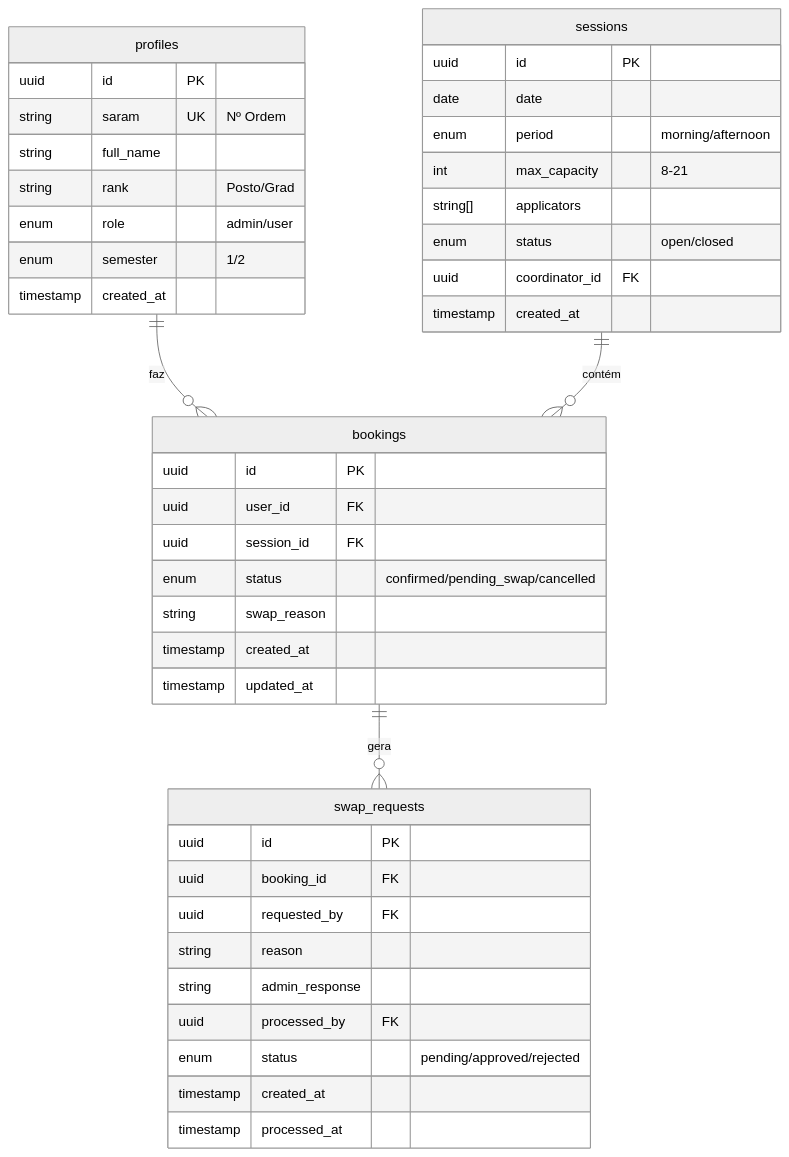
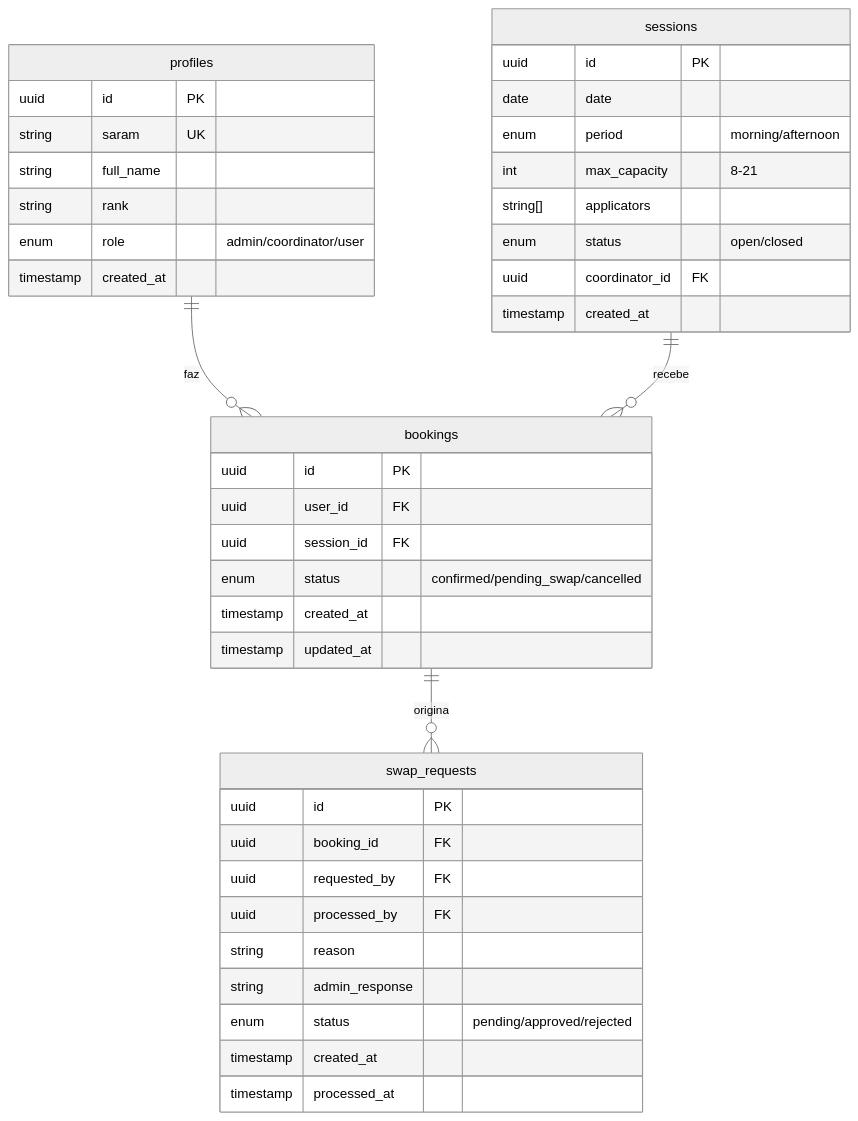
The second of 4 diagrams in docs/PLANEJAMENTO.md (WellingtonADS/TACF-Digital), drawn with Mermaid (neutral theme) before and after one commit. The commit also changed other lines of this file and 90 other files, not shown here.

````diff
--- a/docs/PLANEJAMENTO.md
+++ b/docs/PLANEJAMENTO.md
@@ -81,48 +129,47 @@
 ```mermaid
 erDiagram
     profiles ||--o{ bookings : "faz"
+    sessions ||--o{ bookings : "recebe"
+    bookings ||--o{ swap_requests : "origina"
+
     profiles {
         uuid id PK
-        string saram UK "Nº Ordem"
+        string saram UK
         string full_name
-        string rank "Posto/Grad"
-        enum role "admin/user"
-        enum semester "1/2"
+        string rank
+        enum role "admin/coordinator/user"
         timestamp created_at
     }
 
-    sessions ||--o{ bookings : "contém"
     sessions {
         uuid id PK
         date date
         enum period "morning/afternoon"
         int max_capacity "8-21"
         string[] applicators
         enum status "open/closed"
         uuid coordinator_id FK
         timestamp created_at
     }
 
-    bookings ||--o{ swap_requests : "gera"
     bookings {
         uuid id PK
         uuid user_id FK
         uuid session_id FK
         enum status "confirmed/pending_swap/cancelled"
-        string swap_reason
         timestamp created_at
         timestamp updated_at
     }
 
     swap_requests {
         uuid id PK
         uuid booking_id FK
         uuid requested_by FK
+        uuid processed_by FK
         string reason
         string admin_response
-        uuid processed_by FK
         enum status "pending/approved/rejected"
         timestamp created_at
         timestamp processed_at
     }
 ```
````
